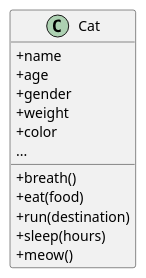
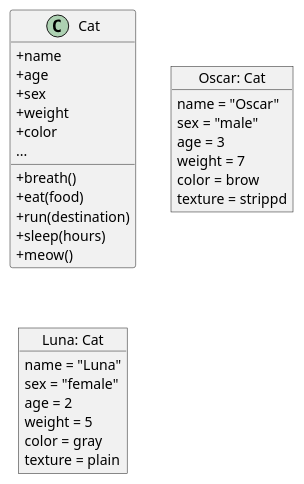
The diagram in 00.diagrams/01.basic-oop/class.plantuml (baolanlequang/design-patterns), drawn with PlantUML before and after one commit. The commit also changed 2 other files, not shown here.

Commit message:
docs: update basic oop diagram

```diff
--- a/00.diagrams/01.basic-oop/class.plantuml
+++ b/00.diagrams/01.basic-oop/class.plantuml
@@ -1,16 +1,34 @@
 @startuml BasicOOP Class
 skinparam ClassAttributeIconSize 0
 class Cat {
   + name
   + age
-  + gender
+  + sex
   + weight
   + color
   ...
   + breath()
   + eat(food)
   + run(destination)
   + sleep(hours)
   + meow()
 }
+
+object "Oscar: Cat" as catOscar {
+  name = "Oscar"
+  sex = "male"
+  age = 3
+  weight = 7
+  color = brow
+  texture = strippd
+}
+
+object "Luna: Cat" as catLuna {
+  name = "Luna"
+  sex = "female"
+  age = 2
+  weight = 5
+  color = gray
+  texture = plain
+}
 @enduml
```
